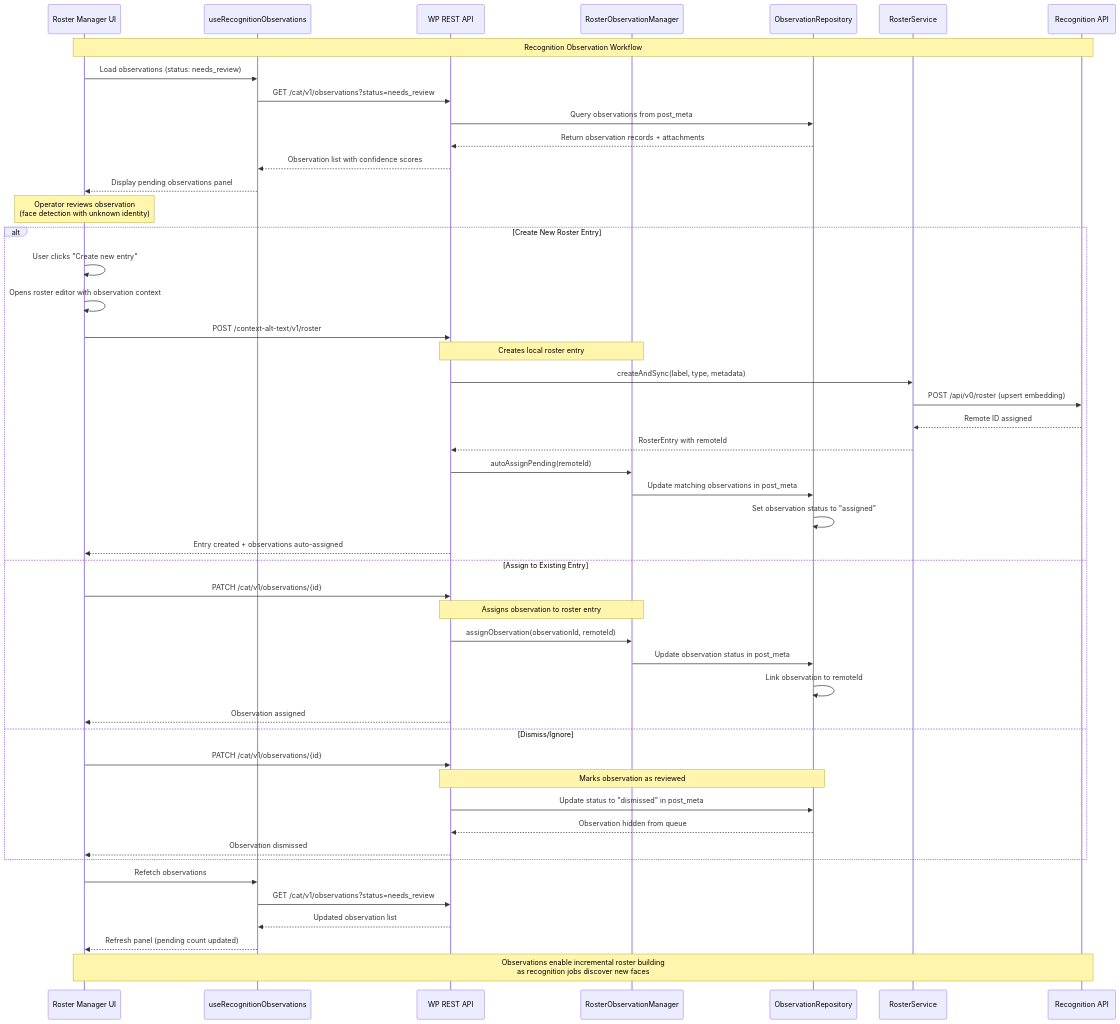
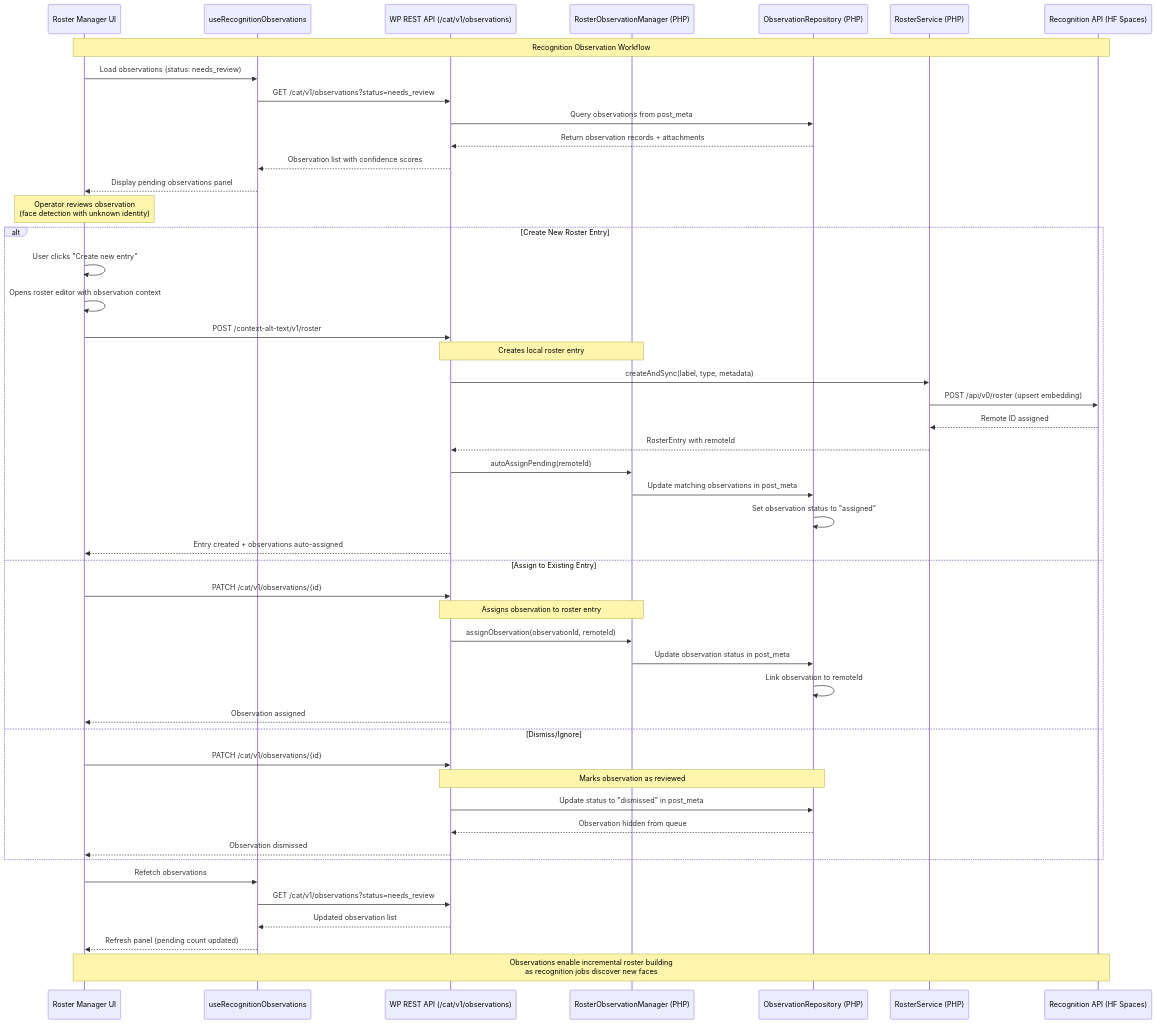
The diagram in docs/architecture/frontend-uml/sequence-observation-workflow.mmd (darce/context-alt-text-monorepo), drawn with Mermaid before and after one commit. The commit also changed other lines of this file, not shown here.

Commit message:
update observation workflow uml

```diff
--- a/docs/architecture/frontend-uml/sequence-observation-workflow.mmd
+++ b/docs/architecture/frontend-uml/sequence-observation-workflow.mmd
@@ -1,54 +1,54 @@
 sequenceDiagram
     participant UI as Roster Manager UI
     participant Hook as useRecognitionObservations
-    participant API as WP REST API
-    participant Manager as RosterObservationManager
-    participant Repo as ObservationRepository
-    participant Roster as RosterService
-    participant Backend as Recognition API
+    participant API as WP REST API (/cat/v1/observations)
+    participant Manager as RosterObservationManager (PHP)
+    participant Repo as ObservationRepository (PHP)
+    participant Roster as RosterService (PHP)
+    participant Backend as Recognition API (HF Spaces)
 
     Note over UI,Backend: Recognition Observation Workflow
 
     UI->>Hook: Load observations (status: needs_review)
     Hook->>API: GET /cat/v1/observations?status=needs_review
     API->>Repo: Query observations from post_meta
     Repo-->>API: Return observation records + attachments
     API-->>Hook: Observation list with confidence scores
     Hook-->>UI: Display pending observations panel
 
     Note over UI: Operator reviews observation<br/>(face detection with unknown identity)
 
     alt Create New Roster Entry
         UI->>UI: User clicks "Create new entry"
         UI->>UI: Opens roster editor with observation context
         UI->>API: POST /context-alt-text/v1/roster
         Note over API,Manager: Creates local roster entry
         API->>Roster: createAndSync(label, type, metadata)
         Roster->>Backend: POST /api/v0/roster (upsert embedding)
         Backend-->>Roster: Remote ID assigned
         Roster-->>API: RosterEntry with remoteId
         API->>Manager: autoAssignPending(remoteId)
         Manager->>Repo: Update matching observations in post_meta
         Repo->>Repo: Set observation status to "assigned"
         API-->>UI: Entry created + observations auto-assigned
     else Assign to Existing Entry
         UI->>API: PATCH /cat/v1/observations/{id}
         Note over API,Manager: Assigns observation to roster entry
         API->>Manager: assignObservation(observationId, remoteId)
         Manager->>Repo: Update observation status in post_meta
         Repo->>Repo: Link observation to remoteId
         API-->>UI: Observation assigned
     else Dismiss/Ignore
         UI->>API: PATCH /cat/v1/observations/{id}
         Note over API,Repo: Marks observation as reviewed
         API->>Repo: Update status to "dismissed" in post_meta
         Repo-->>API: Observation hidden from queue
         API-->>UI: Observation dismissed
     end
 
     UI->>Hook: Refetch observations
     Hook->>API: GET /cat/v1/observations?status=needs_review
     API-->>Hook: Updated observation list
     Hook-->>UI: Refresh panel (pending count updated)
 
     Note over UI,Backend: Observations enable incremental roster building<br/>as recognition jobs discover new faces
```
